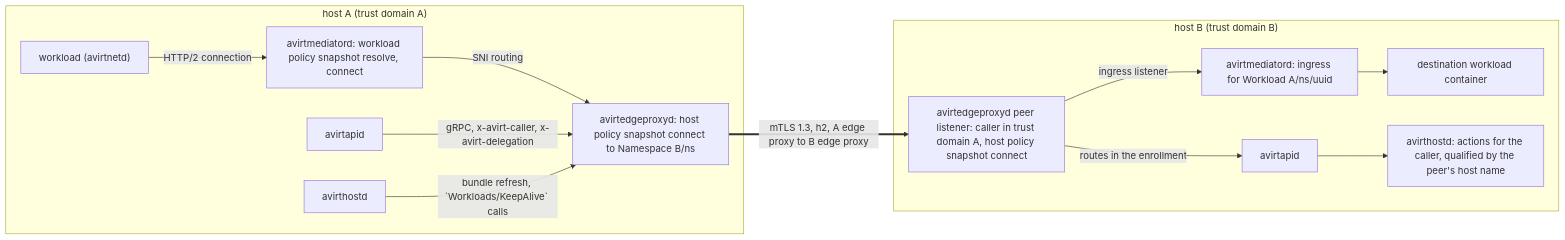
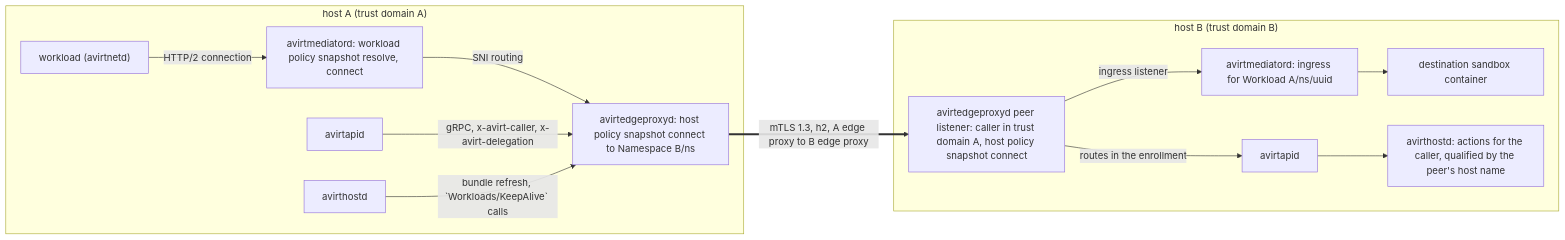
Before and after one commit to tbhb-dev/avirt: the second of 2 diagrams in docs/peering.md, drawn with Mermaid. The commit also changed 54 other files, not shown here.

````diff
--- a/docs/peering.md
+++ b/docs/peering.md
@@ -231,19 +231,19 @@
 ```mermaid
 flowchart LR
     subgraph A["host A (trust domain A)"]
         wa["workload (avirtnetd)"] -->|"HTTP/2 connection"| mea["avirtmediatord: workload policy snapshot resolve, connect"]
         mea -->|"SNI routing"| fda["avirtedgeproxyd: host policy snapshot connect to Namespace B/ns"]
         pxa["avirtapid"] -->|"gRPC, x-avirt-caller, x-avirt-delegation"| fda
         hda["avirthostd"] -->|"bundle refresh, `Workloads/KeepAlive` calls"| fda
     end
     subgraph B["host B (trust domain B)"]
         fdb["avirtedgeproxyd peer listener: caller in trust domain A, host policy snapshot connect"]
         meb["avirtmediatord: ingress for Workload A/ns/uuid"]
-        wb["destination workload container"]
+        wb["destination sandbox container"]
         pxb["avirtapid"]
         hdb["avirthostd: actions for the caller, qualified by the peer's host name"]
         fdb -->|"ingress listener"| meb --> wb
         fdb -->|"routes in the enrollment"| pxb --> hdb
     end
     fda ==>|"mTLS 1.3, h2, A edge proxy to B edge proxy"| fdb
 ```
````
